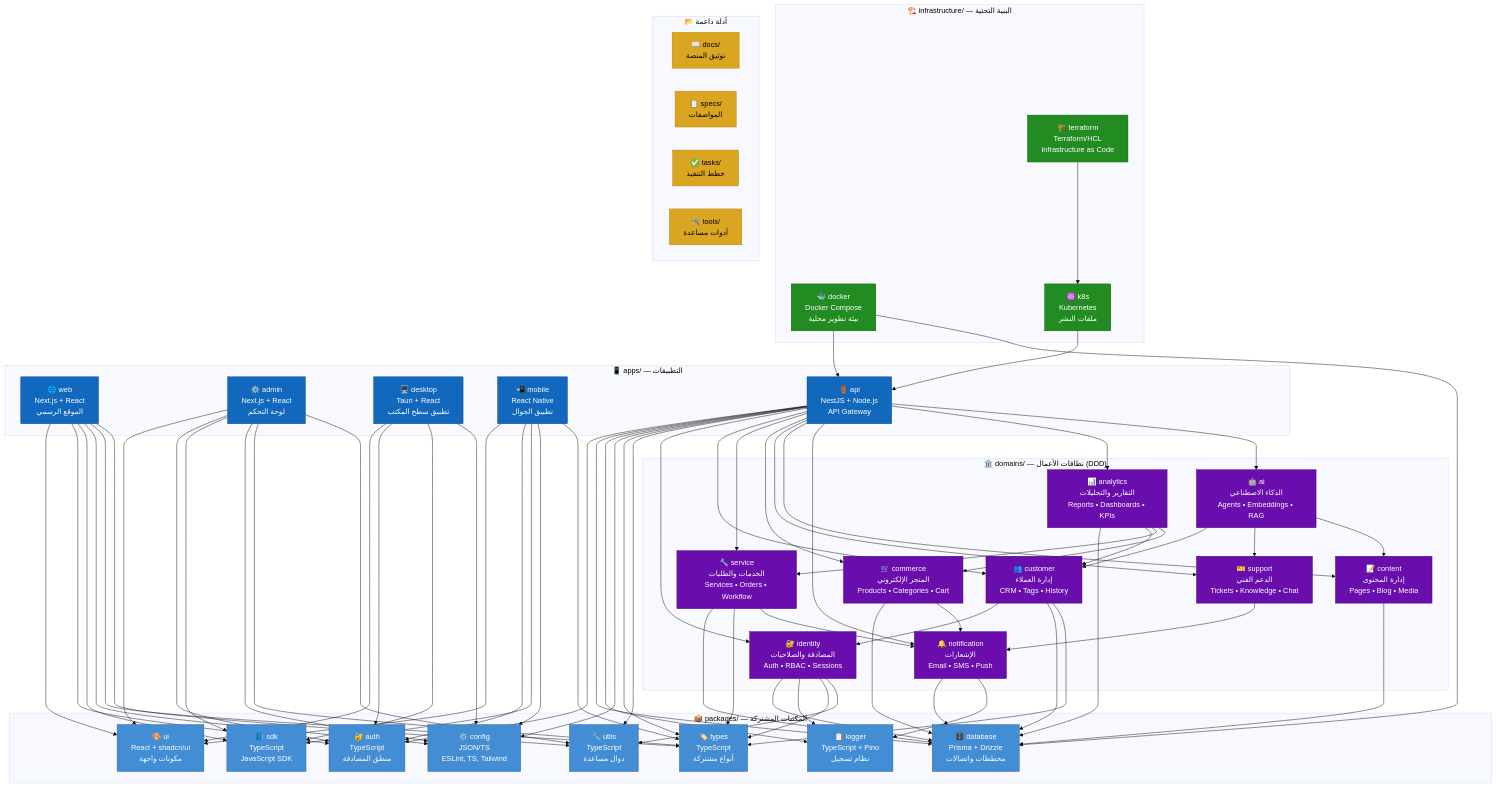
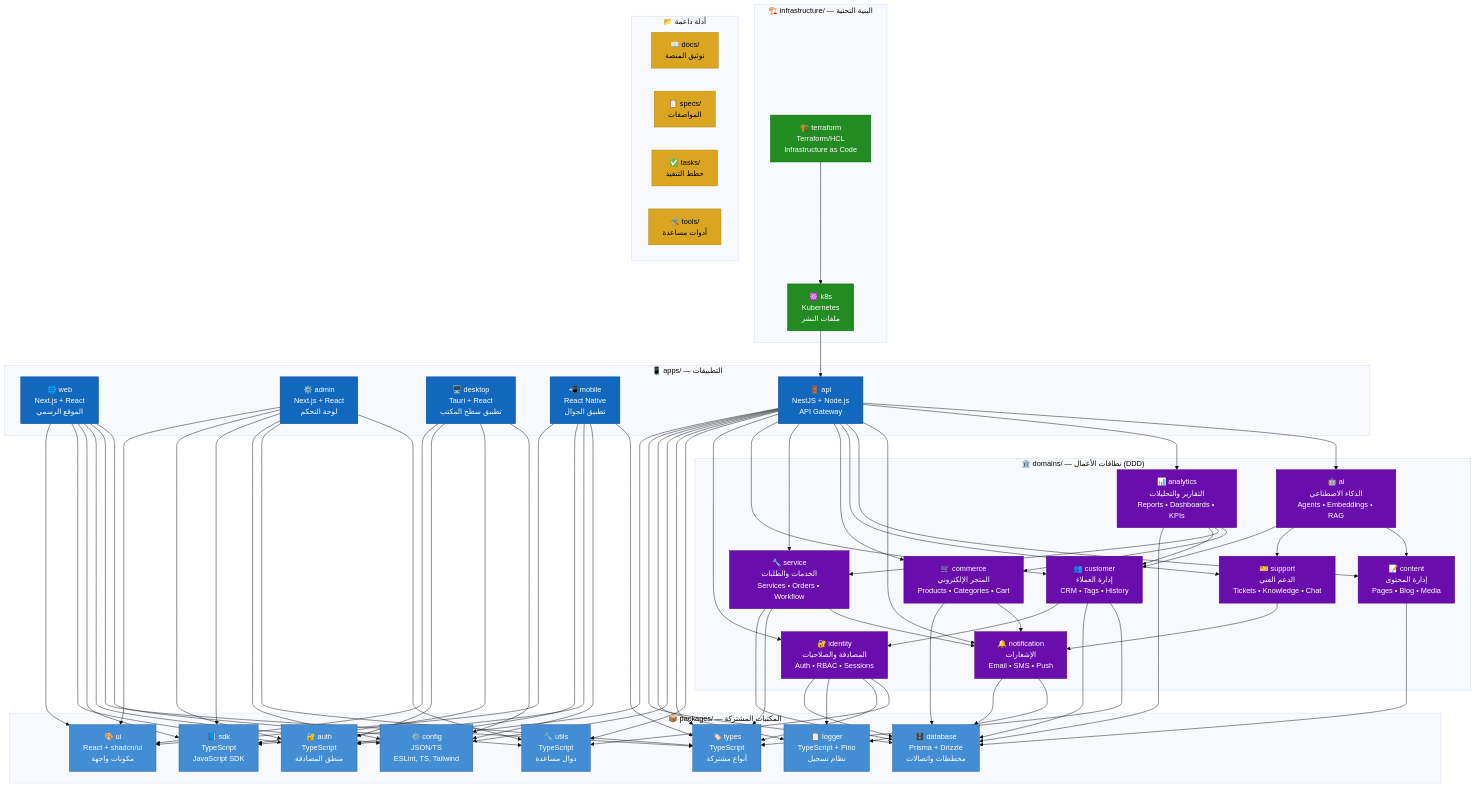
One commit to AlHarisTech/alharistech-platform changed the eighth of 8 diagrams in docs/c4/c4-model.md. Above: the diagram before and after it, drawn with Mermaid (base theme). The commit also changed other lines of this file and 28 other files, not shown here.

````diff
--- a/docs/c4/c4-model.md
+++ b/docs/c4/c4-model.md
@@ -725,7 +722,6 @@
     end
 
     subgraph Infrastructure["🏗️ infrastructure/ — البنية التحتية"]
-        Docker["🐳 docker<br/>Docker Compose<br/>بيئة تطوير محلية"]:::infra
         K8s["☸️ k8s<br/>Kubernetes<br/>ملفات النشر"]:::infra
         Terraform["🏗️ terraform<br/>Terraform/HCL<br/>Infrastructure as Code"]:::infra
     end
@@ -803,8 +799,6 @@
     AIDom --> Content
 
     %% Infrastructure
-    Docker --> API
-    Docker --> DB
     K8s --> API
     Terraform --> K8s
 ```
````
